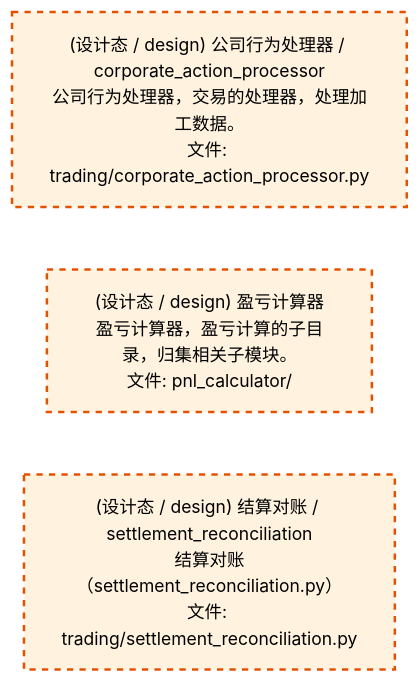
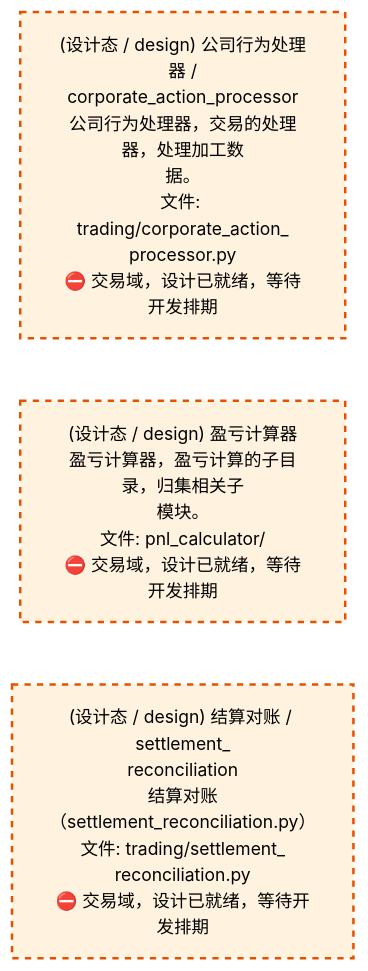
Before and after one commit to xuanFelixVan/ZephyrAlpha: the third of 4 diagrams in docs/02_enterprise_architecture/02_domain_architecture_docs/72_d_trading.md, drawn with Mermaid. The commit also changed other lines of this file and 59 other files, not shown here.

````diff
--- a/docs/02_enterprise_architecture/02_domain_architecture_docs/72_d_trading.md
+++ b/docs/02_enterprise_architecture/02_domain_architecture_docs/72_d_trading.md
@@ -298,14 +298,14 @@
 ```mermaid
 %%{init: {'theme': 'base', 'themeVariables': {'primaryColor': '#eaeaea', 'primaryTextColor': '#333333', 'primaryBorderColor': '#666666', 'lineColor': '#666666', 'secondaryColor': '#eaeaea', 'tertiaryColor': '#eaeaea', 'fontSize': '14px'}}}%%
 flowchart TD
-    src_zephyr_trading_corporate_action_processor_py["(设计态 / design) 公司行为处理器 / corporate_action_processor<br/>公司行为处理器，交易的处理器，处理加工数据。<br/>文件: trading/corporate_action_processor.py"]
-    src_zephyr_trading_pnl_calculator["(设计态 / design) 盈亏计算器<br/>盈亏计算器，盈亏计算的子目录，归集相关子模块。<br/>文件: pnl_calculator/"]
-    src_zephyr_trading_settlement_reconciliation_py["(设计态 / design) 结算对账 / settlement_reconciliation<br/>结算对账（settlement_reconciliation.py）<br/>文件: trading/settlement_reconciliation.py"]
+    src_zephyr_trading_corporate_action_processor_py["(设计态 / design) 公司行为处理器 /<br/>corporate_action_processor<br/>公司行为处理器，交易的处理器，处理加工数<br/>据。<br/>文件: trading/corporate_action_<br/>processor.py<br/>⛔ 交易域，设计已就绪，等待开发排期"]
+    src_zephyr_trading_pnl_calculator["(设计态 / design) 盈亏计算器<br/>盈亏计算器，盈亏计算的子目录，归集相关子<br/>模块。<br/>文件: pnl_calculator/<br/>⛔ 交易域，设计已就绪，等待开发排期"]
+    src_zephyr_trading_settlement_reconciliation_py["(设计态 / design) 结算对账 / settlement_<br/>reconciliation<br/>结算对账（settlement_reconciliation.py）<br/>文件: trading/settlement_<br/>reconciliation.py<br/>⛔ 交易域，设计已就绪，等待开发排期"]
     src_zephyr_trading_corporate_action_processor_py ~~~ src_zephyr_trading_pnl_calculator
     src_zephyr_trading_pnl_calculator ~~~ src_zephyr_trading_settlement_reconciliation_py
     classDef production fill:#e1f5fe,stroke:#01579b,stroke-width:2px,color:#000
     classDef design fill:#fff3e0,stroke:#e65100,stroke-width:2px,color:#000,stroke-dasharray: 5 5
     classDef external_prod fill:#e8f4fd,stroke:#0277bd,stroke-width:1px,color:#000
     classDef external_design fill:#fff8e7,stroke:#ef6c00,stroke-width:1px,color:#000,stroke-dasharray: 5 5
     class src_zephyr_trading_corporate_action_processor_py,src_zephyr_trading_pnl_calculator,src_zephyr_trading_settlement_reconciliation_py design
 ```
````
